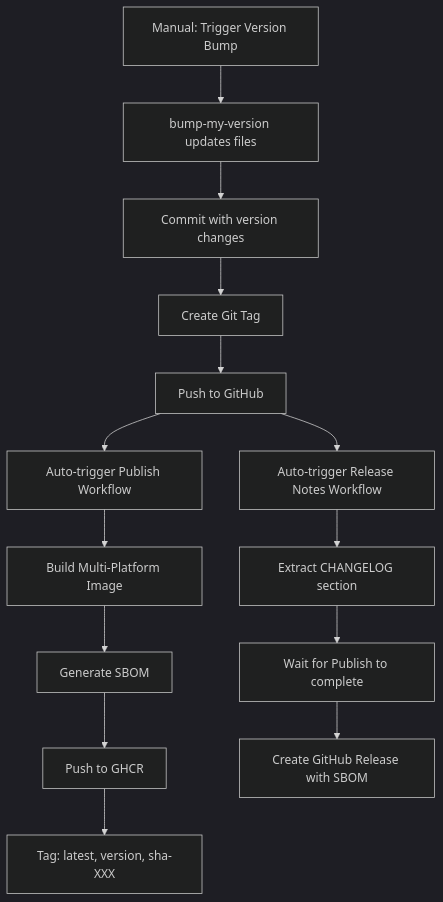
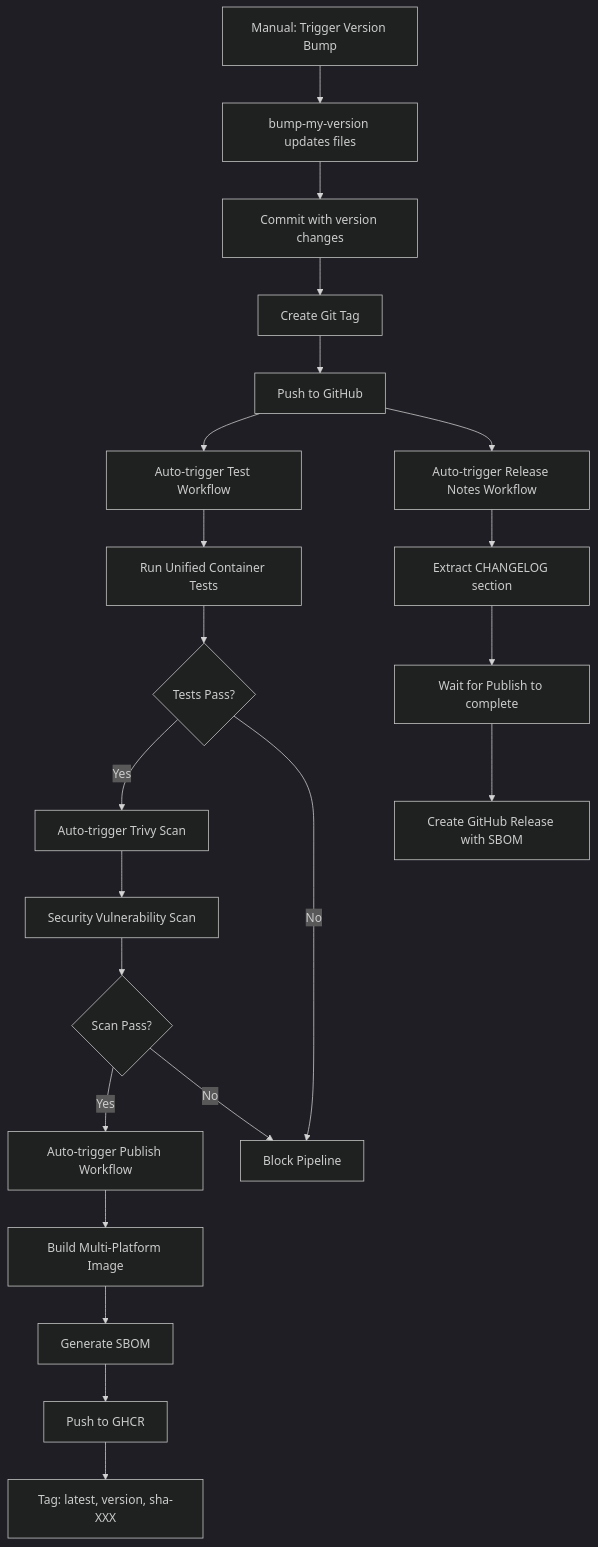
Before and after one commit to egohygiene/ubi: the diagram in docs/release-process.md, drawn with Mermaid (dark theme). The commit also changed other lines of this file, not shown here.

First line of the commit message:
docs: Update release process documentation for workflow dependencies

````diff
--- a/docs/release-process.md
+++ b/docs/release-process.md
@@ -25,16 +25,24 @@
 ```mermaid
 graph TD
     A[Manual: Trigger Version Bump] --> B[bump-my-version updates files]
     B --> C[Commit with version changes]
     C --> D[Create Git Tag]
     D --> E[Push to GitHub]
-    E --> F[Auto-trigger Publish Workflow]
+    E --> F[Auto-trigger Test Workflow]
     E --> K[Auto-trigger Release Notes Workflow]
-    F --> G[Build Multi-Platform Image]
+    F --> O[Run Unified Container Tests]
+    O --> P{Tests Pass?}
+    P -->|Yes| Q[Auto-trigger Trivy Scan]
+    P -->|No| R[Block Pipeline]
+    Q --> S[Security Vulnerability Scan]
+    S --> T{Scan Pass?}
+    T -->|Yes| U[Auto-trigger Publish Workflow]
+    T -->|No| R
+    U --> G[Build Multi-Platform Image]
     G --> H[Generate SBOM]
     H --> I[Push to GHCR]
     I --> J[Tag: latest, version, sha-XXX]
     K --> L[Extract CHANGELOG section]
     L --> M[Wait for Publish to complete]
     M --> N[Create GitHub Release with SBOM]
 ```
````
